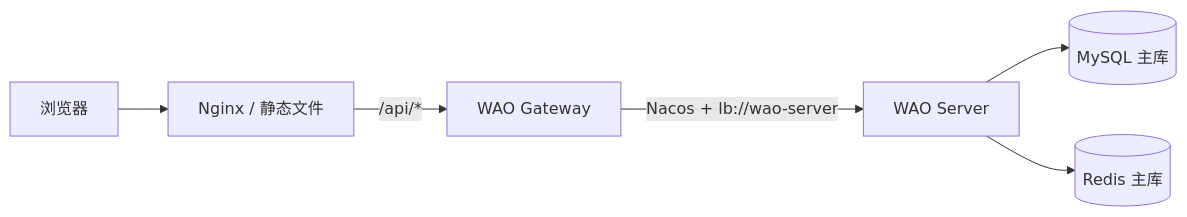
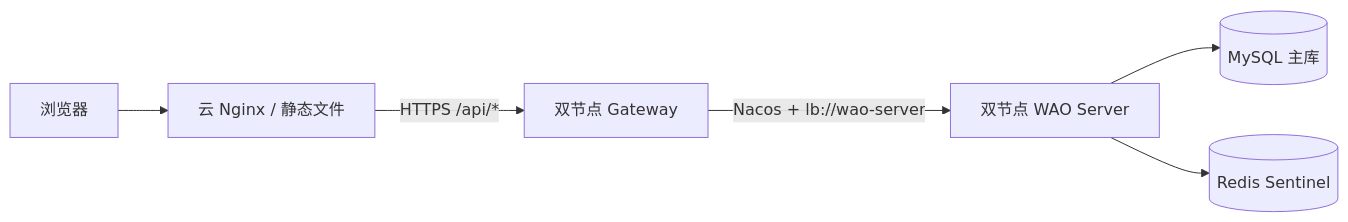
The diagram in docs/architecture.md (wayuwadi/wao), drawn with Mermaid before and after one commit. The commit also changed other lines of this file and 27 other files, not shown here.

````diff
--- a/docs/architecture.md
+++ b/docs/architecture.md
@@ -23,8 +23,8 @@
 ```mermaid
 flowchart LR
-    Browser["浏览器"] --> Nginx["Nginx / 静态文件"]
-    Nginx -->|/api/*| Gateway["WAO Gateway"]
-    Gateway -->|"Nacos + lb://wao-server"| Server["WAO Server"]
-    Server --> MySQL[(MySQL 主库)]
-    Server --> Redis[(Redis 主库)]
+    Browser["浏览器"] --> Nginx["云 Nginx / 静态文件"]
+    Nginx -->|"HTTPS /api/*"| Gateway["双节点 Gateway"]
+    Gateway -->|"Nacos + lb://wao-server"| Server["双节点 WAO Server"]
+    Server --> MySQL[("MySQL 主库")]
+    Server --> Redis[("Redis Sentinel")]
 ```
````
